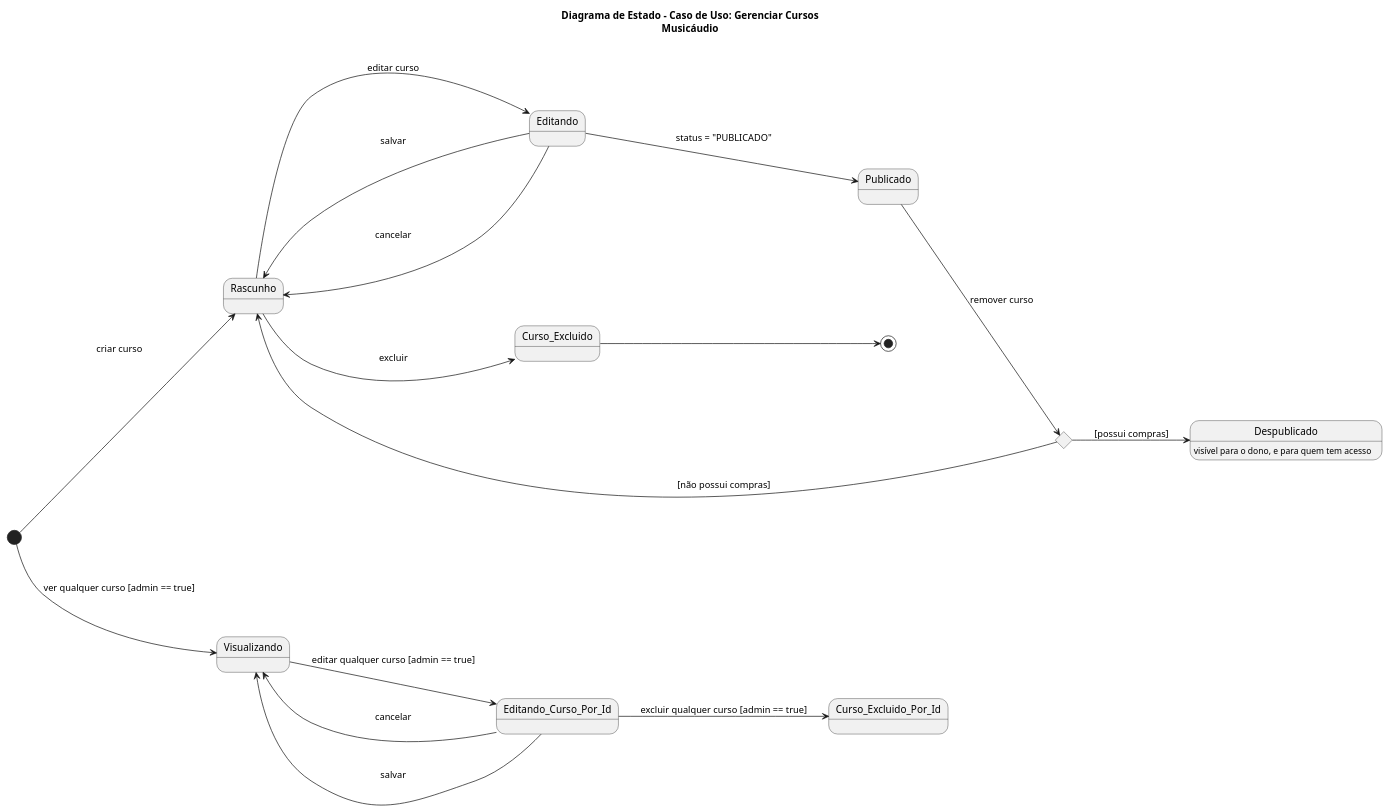
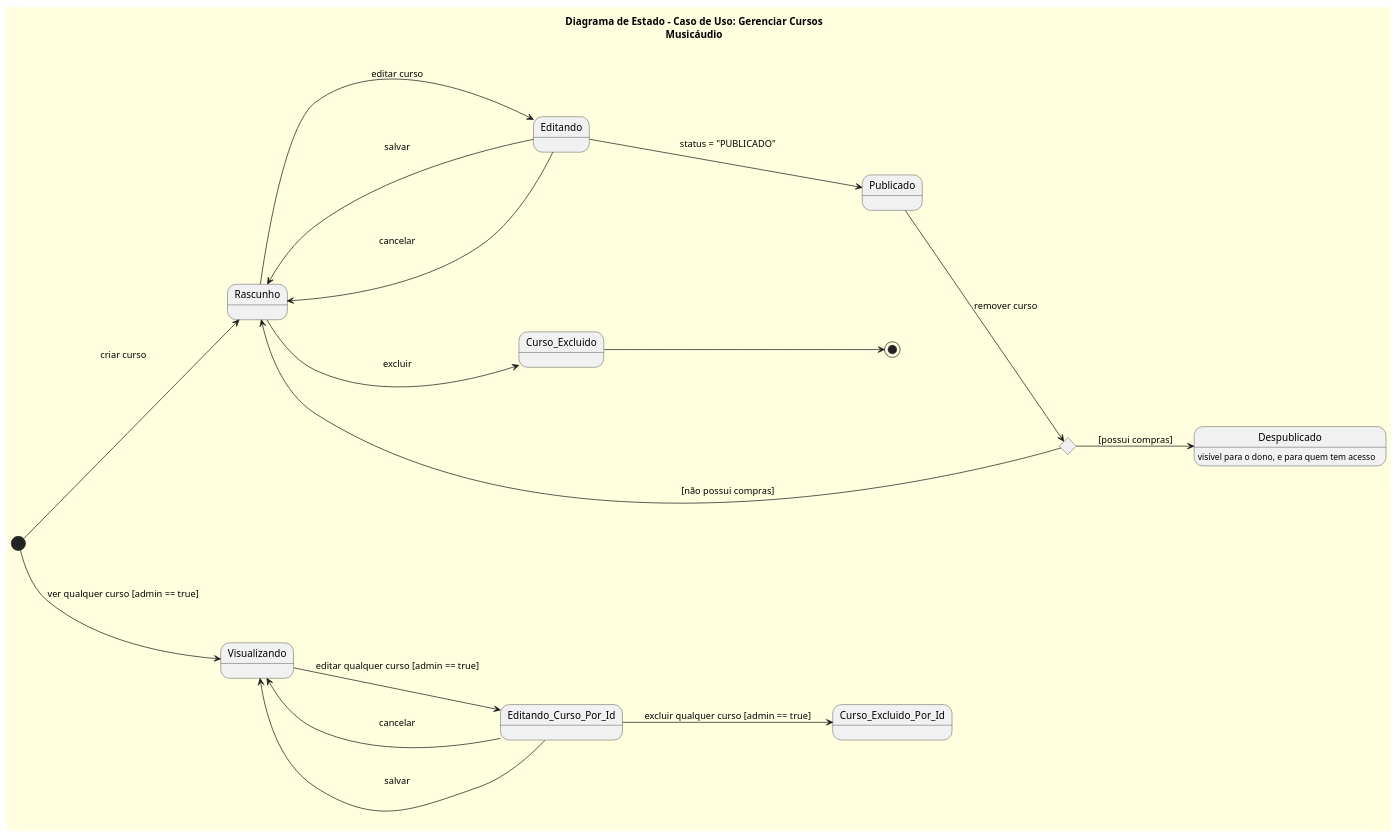
Before and after one commit to JorgeSkraba/Musicaudio_UML: the diagram in Estado/gerenciar_curso.puml, drawn with PlantUML. The commit also changed 9 other files, not shown here.

```diff
--- a/Estado/gerenciar_curso.puml
+++ b/Estado/gerenciar_curso.puml
@@ -1,30 +1,32 @@
 @startuml gerenciar_curso
 
 title Diagrama de Estado - Caso de Uso: Gerenciar Cursos\nMusicáudio
+
+skinparam backgroundColor lightyellow
 
 skinparam nodesep 150
 
 left to right direction
 
 'CRUD curso
 [*] --> Rascunho : criar curso
 Rascunho --> Editando : editar curso
 Editando --> Rascunho : salvar
 Editando --> Rascunho : cancelar
 Editando --> Publicado : status = "PUBLICADO"
 state c <<choice>>
 Publicado --> c : remover curso
 c --> Despublicado : [possui compras]
 Despublicado : visível para o dono, e para quem tem acesso
 c --> Rascunho : [não possui compras]
 Rascunho --> Curso_Excluido : excluir
 Curso_Excluido --> [*]
 
 'CRUD curso admin
 [*] --> Visualizando : ver qualquer curso [admin == true]
 Visualizando --> Editando_Curso_Por_Id : editar qualquer curso [admin == true]
 Editando_Curso_Por_Id --> Curso_Excluido_Por_Id : excluir qualquer curso [admin == true]
 Editando_Curso_Por_Id --> Visualizando : cancelar
 Editando_Curso_Por_Id --> Visualizando : salvar
 
 @enduml
```
